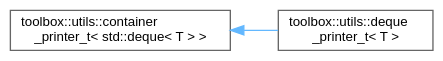
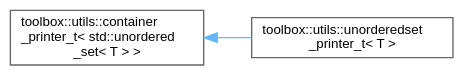
Before and after one commit to nerdneilsfield/cpp-toolbox: the diagram in inherit_graph_158.dot, drawn with Graphviz. The commit also changed 738 other files, not shown here.

```diff
--- a/inherit_graph_158.dot
+++ b/inherit_graph_158.dot
@@ -1,11 +1,11 @@
 digraph "Graphical Class Hierarchy"
 {
  // LATEX_PDF_SIZE
   bgcolor="transparent";
   edge [fontname=Helvetica,fontsize=10,labelfontname=Helvetica,labelfontsize=10];
   node [fontname=Helvetica,fontsize=10,shape=box,height=0.2,width=0.4];
   rankdir="LR";
-  Node0 [id="Node000000",label="toolbox::utils::container\l_printer_t\< std::deque\< T \> \>",height=0.2,width=0.4,color="grey40", fillcolor="white", style="filled",URL="$classtoolbox_1_1utils_1_1container__printer__t.html",tooltip=" "];
-  Node0 -> Node1 [id="edge117_Node000000_Node000001",dir="back",color="steelblue1",style="solid",tooltip=" "];
-  Node1 [id="Node000001",label="toolbox::utils::deque\l_printer_t\< T \>",height=0.2,width=0.4,color="grey40", fillcolor="white", style="filled",URL="$classtoolbox_1_1utils_1_1deque__printer__t.html",tooltip="Deque 打印器/Deque printer."];
+  Node0 [id="Node000000",label="toolbox::utils::container\l_printer_t\< std::unordered\l_set\< T \> \>",height=0.2,width=0.4,color="grey40", fillcolor="white", style="filled",URL="$classtoolbox_1_1utils_1_1container__printer__t.html",tooltip=" "];
+  Node0 -> Node1 [id="edge114_Node000000_Node000001",dir="back",color="steelblue1",style="solid",tooltip=" "];
+  Node1 [id="Node000001",label="toolbox::utils::unorderedset\l_printer_t\< T \>",height=0.2,width=0.4,color="grey40", fillcolor="white", style="filled",URL="$classtoolbox_1_1utils_1_1unorderedset__printer__t.html",tooltip="Unordered Set 打印器/Unordered set printer."];
 }
```
